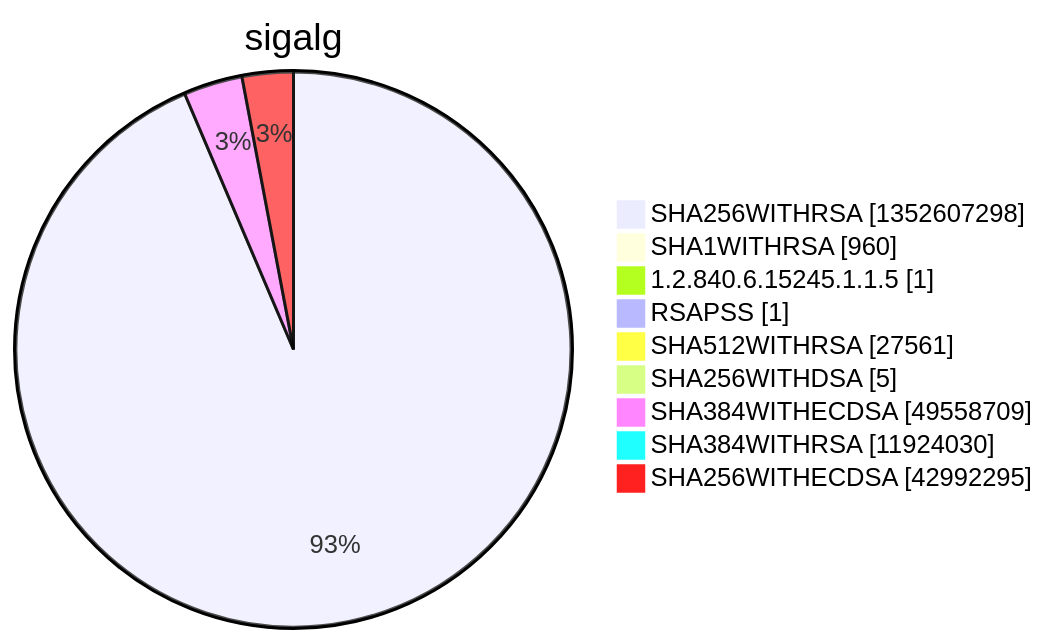
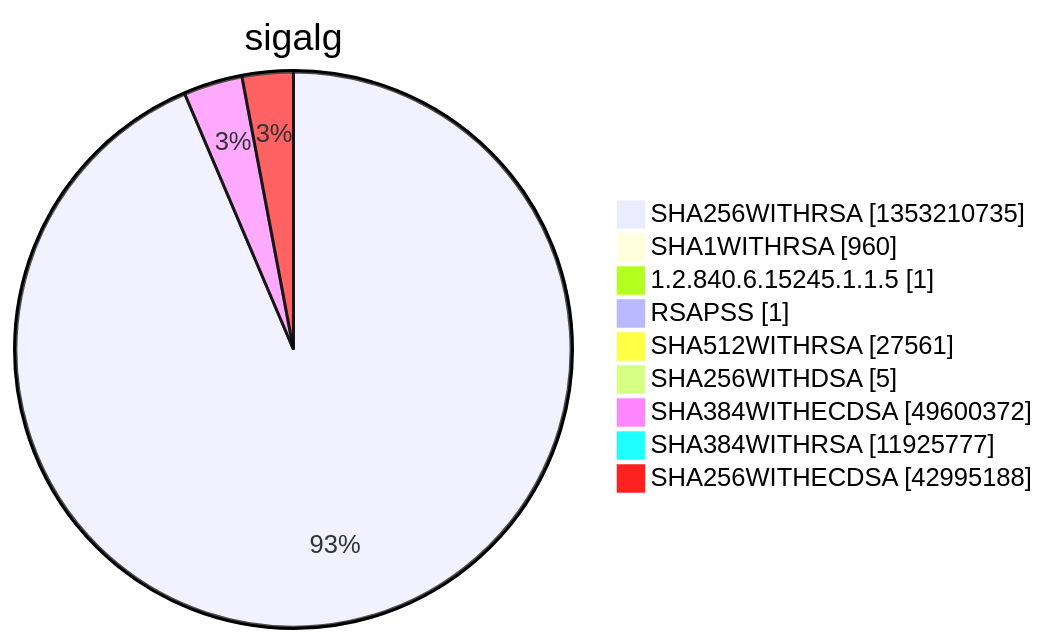
Before and after one commit to christiankrug/ctmonitor_visualization: diagram 15 of 15 in argon2022/README.md, drawn with Mermaid. The commit also changed other lines of this file, not shown here.

````diff
--- a/argon2022/README.md
+++ b/argon2022/README.md
@@ -5524,13 +5524,13 @@
 ```mermaid
 pie showData
 title sigalg
-"SHA256WITHRSA" :1352607298
+"SHA256WITHRSA" :1353210735
 "SHA1WITHRSA" :960
 "1.2.840.6.15245.1.1.5" :1
 "RSAPSS" :1
 "SHA512WITHRSA" :27561
 "SHA256WITHDSA" :5
-"SHA384WITHECDSA" :49558709
-"SHA384WITHRSA" :11924030
-"SHA256WITHECDSA" :42992295
+"SHA384WITHECDSA" :49600372
+"SHA384WITHRSA" :11925777
+"SHA256WITHECDSA" :42995188
 ```
````
